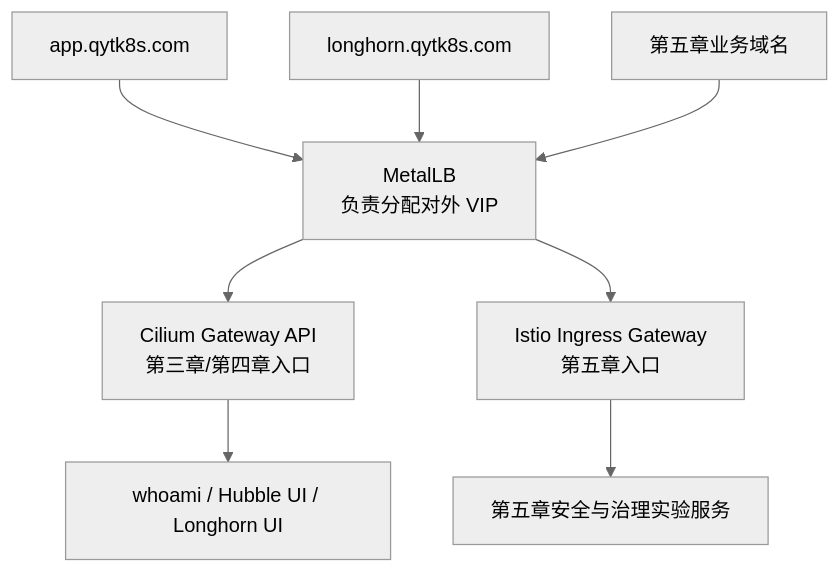
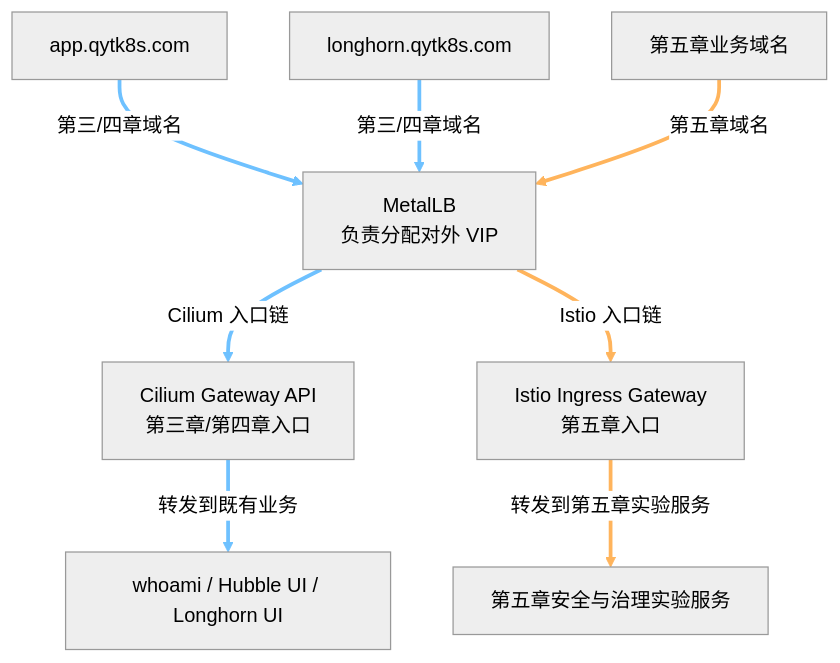
The second of 7 diagrams in k8s/05-security-and-zero-trust/docs/00_security_theory.md (hwang-protocol/docker_k8s_2026), drawn with Mermaid (neutral theme) before and after one commit. The commit also changed other lines of this file and 1 other file, not shown here.

````diff
--- a/k8s/05-security-and-zero-trust/docs/00_security_theory.md
+++ b/k8s/05-security-and-zero-trust/docs/00_security_theory.md
@@ -93,24 +111,27 @@
 ```mermaid
 flowchart TD
   dns1[app.qytk8s.com]
   dns2[longhorn.qytk8s.com]
   dns3[第五章业务域名]
 
   metallb[MetalLB<br/>负责分配对外 VIP]
 
   ciliumgw[Cilium Gateway API<br/>第三章/第四章入口]
   istiogw[Istio Ingress Gateway<br/>第五章入口]
 
   svc1[whoami / Hubble UI / Longhorn UI]
   svc2[第五章安全与治理实验服务]
 
-  dns1 --> metallb
-  dns2 --> metallb
-  dns3 --> metallb
+  dns1 -->|第三/四章域名| metallb
+  dns2 -->|第三/四章域名| metallb
+  dns3 -->|第五章域名| metallb
 
-  metallb --> ciliumgw
-  metallb --> istiogw
+  metallb -->|Cilium 入口链| ciliumgw
+  metallb -->|Istio 入口链| istiogw
 
-  ciliumgw --> svc1
-  istiogw --> svc2
+  ciliumgw -->|转发到既有业务| svc1
+  istiogw -->|转发到第五章实验服务| svc2
+
+  linkStyle 0,1,3,5 stroke:#6ec1ff,stroke-width:3px;
+  linkStyle 2,4,6 stroke:#ffb45c,stroke-width:3px;
 ```
````
